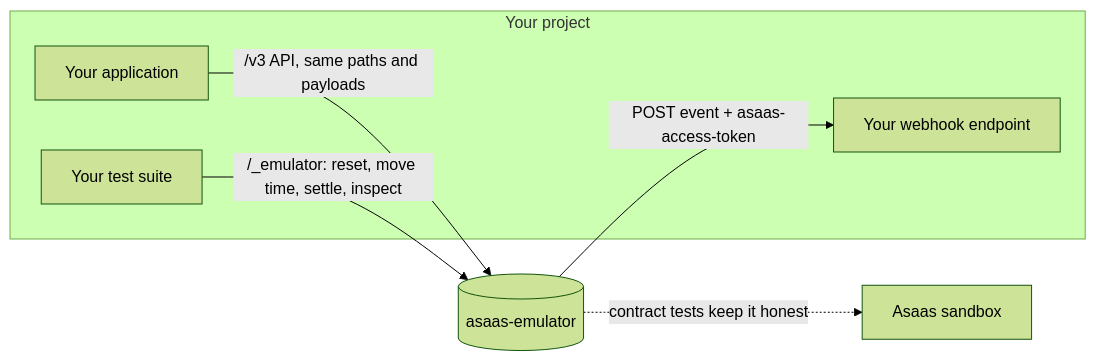
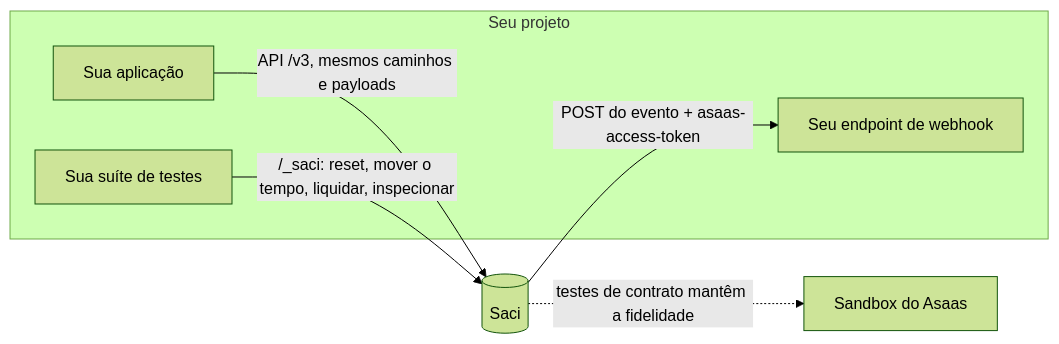
Before and after one commit to SpackiGabriel/asaas-emulator: the diagram in README.md, drawn with Mermaid (forest theme). The commit also changed other lines of this file and 35 other files, not shown here.

First line of the commit message:
Rename the project to Saci and make Portuguese the main README

````diff
--- a/README.md
+++ b/README.md
@@ -46,15 +50,15 @@
 ```mermaid
 flowchart LR
-    subgraph yours [Your project]
-        app[Your application]
-        hook[Your webhook endpoint]
-        tests[Your test suite]
+    subgraph seu [Seu projeto]
+        app[Sua aplicação]
+        hook[Seu endpoint de webhook]
+        tests[Sua suíte de testes]
     end
-    emu[(asaas-emulator)]
-    sandbox[Asaas sandbox]
+    saci[(Saci)]
+    sandbox[Sandbox do Asaas]
 
-    app -- "/v3 API, same paths and payloads" --> emu
-    emu -- "POST event + asaas-access-token" --> hook
-    tests -- "/_emulator: reset, move time, settle, inspect" --> emu
-    emu -. "contract tests keep it honest" .-> sandbox
+    app -- "API /v3, mesmos caminhos e payloads" --> saci
+    saci -- "POST do evento + asaas-access-token" --> hook
+    tests -- "/_saci: reset, mover o tempo, liquidar, inspecionar" --> saci
+    saci -. "testes de contrato mantêm a fidelidade" .-> sandbox
 ```
````
